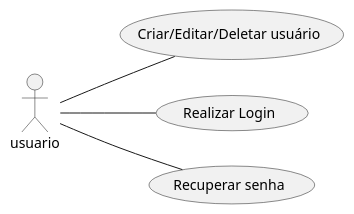
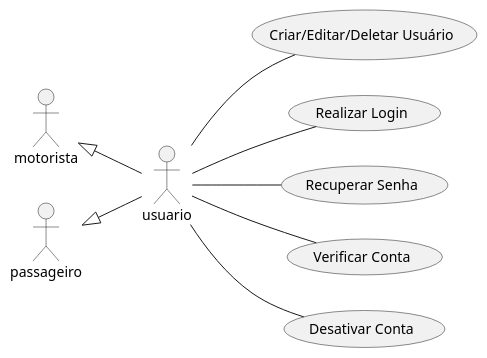
One commit to maruanoliveiraunb/es-2019 changed the diagram in work-products/requirements/use-cases/src/entity-user.wsd. Above: the diagram before and after it, drawn with PlantUML. The commit also changed 9 other files, not shown here.

```diff
--- a/work-products/requirements/use-cases/src/entity-user.wsd
+++ b/work-products/requirements/use-cases/src/entity-user.wsd
@@ -1,8 +1,15 @@
 @startuml Entidade Usuário
 left to right direction
 actor usuario
+actor motorista
+actor passageiro
 
-usuario -- (Criar/Editar/Deletar usuário)
+motorista <|-- usuario
+passageiro <|-- usuario
+
+usuario -- (Criar/Editar/Deletar Usuário)
 usuario -- (Realizar Login)
-usuario -- (Recuperar senha)
+usuario -- (Recuperar Senha)
+usuario -- (Verificar Conta)
+usuario -- (Desativar Conta)
 @enduml
```
